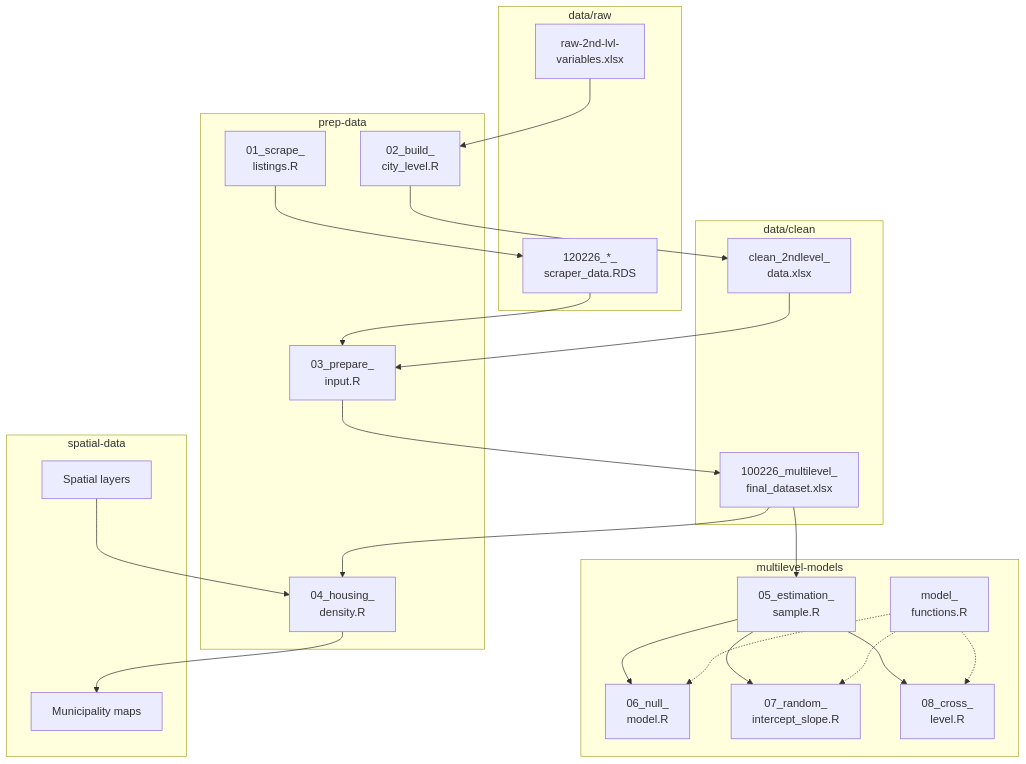
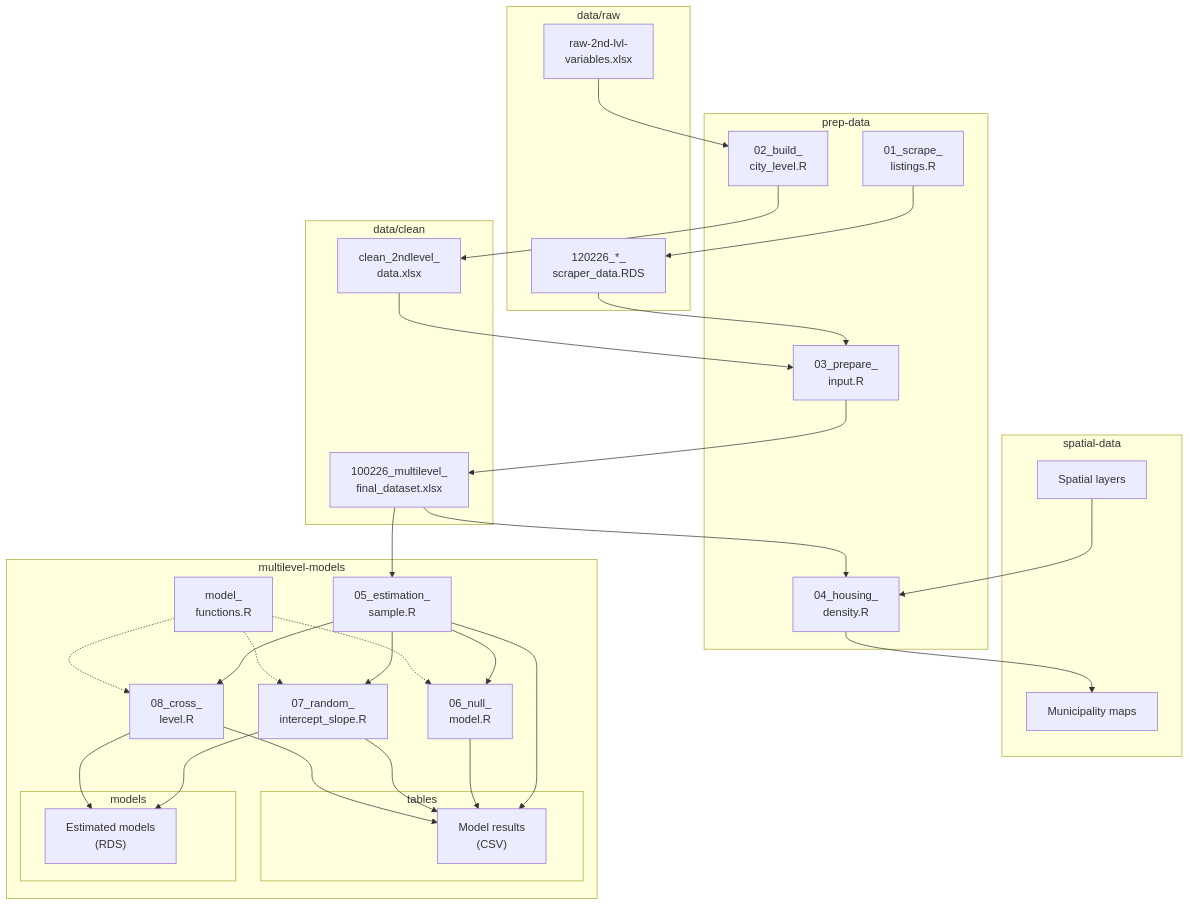
Before and after one commit to lea-puj/str-density-colombia: the diagram in README.md, drawn with Mermaid. The commit also changed other lines of this file, not shown here.

````diff
--- a/README.md
+++ b/README.md
@@ -6,41 +6,51 @@
 ```mermaid
 flowchart TB
   subgraph raw["data/raw"]
     A["120226_*_<br/>scraper_data.RDS"]
     B["raw-2nd-lvl-<br/>variables.xlsx"]
   end
 
   subgraph prep["prep-data"]
     S1["01_scrape_<br/>listings.R"]
     S2["02_build_<br/>city_level.R"]
     S3["03_prepare_<br/>input.R"]
     S4["04_housing_<br/>density.R"]
   end
 
   subgraph clean["data/clean"]
     C["clean_2ndlevel_<br/>data.xlsx"]
     D["100226_multilevel_<br/>final_dataset.xlsx"]
   end
 
   subgraph spatial["spatial-data"]
     L["Spatial layers"]
     M["Municipality maps"]
   end
 
-  subgraph models["multilevel-models"]
+  subgraph mm["multilevel-models"]
     S5["05_estimation_<br/>sample.R"]
     S6["06_null_<br/>model.R"]
     S7["07_random_<br/>intercept_slope.R"]
     S8["08_cross_<br/>level.R"]
     F["model_<br/>functions.R"]
+
+    subgraph tab["tables"]
+      T["Model results<br/>(CSV)"]
+    end
+
+    subgraph mod["models"]
+      O["Estimated models<br/>(RDS)"]
+    end
   end
 
   S1 --> A
   B --> S2 --> C
   A --> S3
   C --> S3 --> D
   D --> S4
   L --> S4 --> M
   D --> S5 --> S6 & S7 & S8
   F -.-> S6 & S7 & S8
+  S5 & S6 & S7 & S8 --> T
+  S7 & S8 --> O
 ```
````
